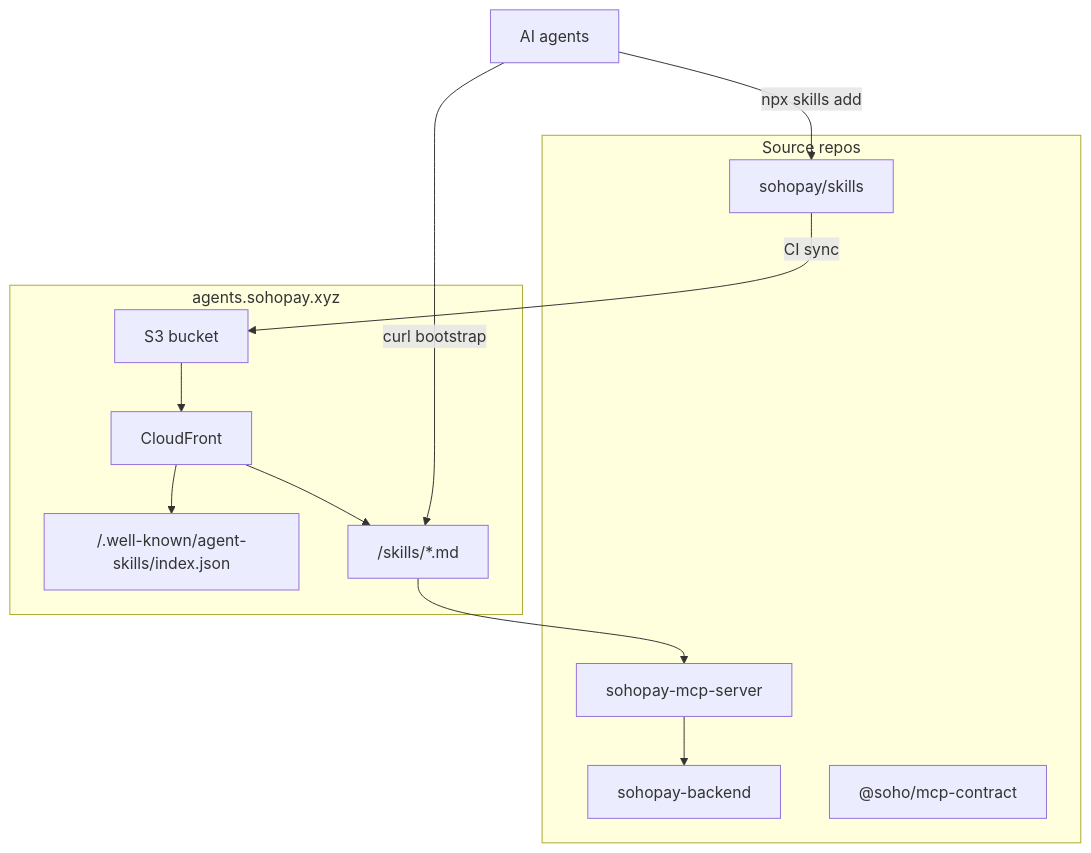
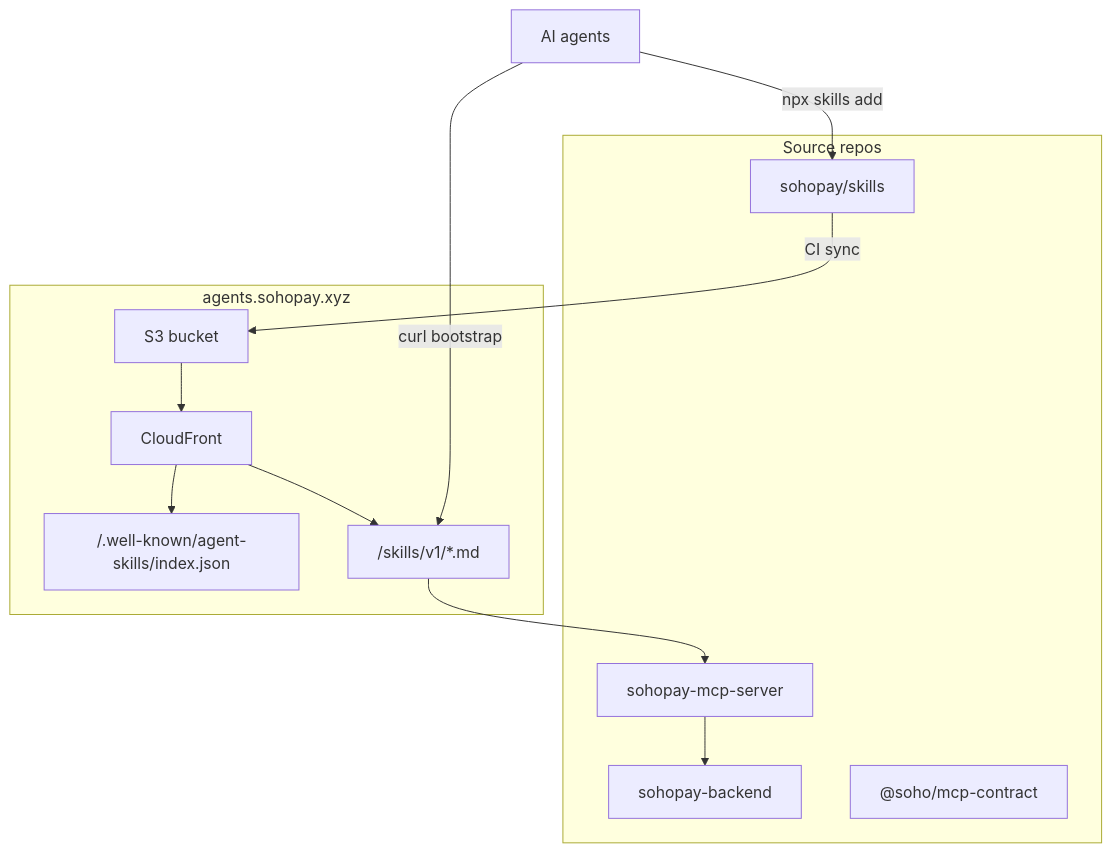
Before and after one commit to sohopay/skills: the second of 2 diagrams in docs/PLAN.md, drawn with Mermaid. The commit also changed other lines of this file and 17 other files, not shown here.

````diff
--- a/docs/PLAN.md
+++ b/docs/PLAN.md
@@ -68,23 +68,23 @@
 ```mermaid
 flowchart TB
   subgraph repos [Source repos]
     SkillsRepo["sohopay/skills"]
     McpServer["sohopay-mcp-server"]
     Backend["sohopay-backend"]
     Contract["@soho/mcp-contract"]
   end
   subgraph hosting [agents.sohopay.xyz]
     S3["S3 bucket"]
     CF["CloudFront"]
     WellKnown["/.well-known/agent-skills/index.json"]
-    SkillMd["/skills/*.md"]
+    SkillMd["/skills/v1/*.md"]
   end
   SkillsRepo -->|CI sync| S3
   S3 --> CF
   CF --> WellKnown
   CF --> SkillMd
   Cursor["AI agents"] -->|curl bootstrap| SkillMd
   Cursor -->|npx skills add| SkillsRepo
   SkillMd --> McpServer
   McpServer --> Backend
 ```
````
